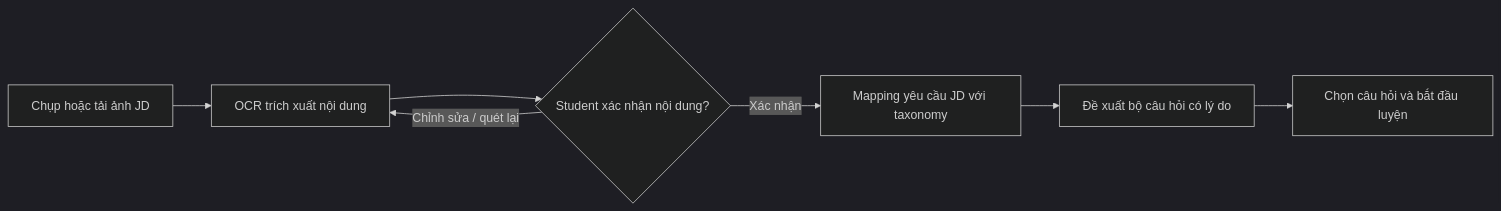
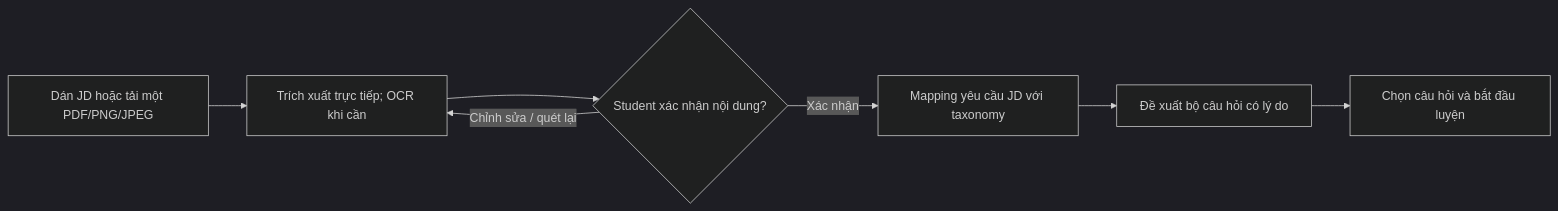
Before and after one commit to tnnhuaa/InterviewQuestionBank: the second of 4 diagrams in docs/Project_Prototype/Prototype_Workflow.md, drawn with Mermaid (dark theme). The commit also changed other lines of this file and 16 other files, not shown here.

````diff
--- a/docs/Project_Prototype/Prototype_Workflow.md
+++ b/docs/Project_Prototype/Prototype_Workflow.md
@@ -59,9 +59,9 @@
 ```mermaid
 flowchart LR
-    I["Chụp hoặc tải ảnh JD"] --> O["OCR trích xuất nội dung"]
+    I["Dán JD hoặc tải một PDF/PNG/JPEG"] --> O["Trích xuất trực tiếp; OCR khi cần"]
     O --> V{"Student xác nhận nội dung?"}
     V -- "Chỉnh sửa / quét lại" --> O
     V -- "Xác nhận" --> M["Mapping yêu cầu JD với taxonomy"]
     M --> R["Đề xuất bộ câu hỏi có lý do"]
     R --> P["Chọn câu hỏi và bắt đầu luyện"]
 ```
````
